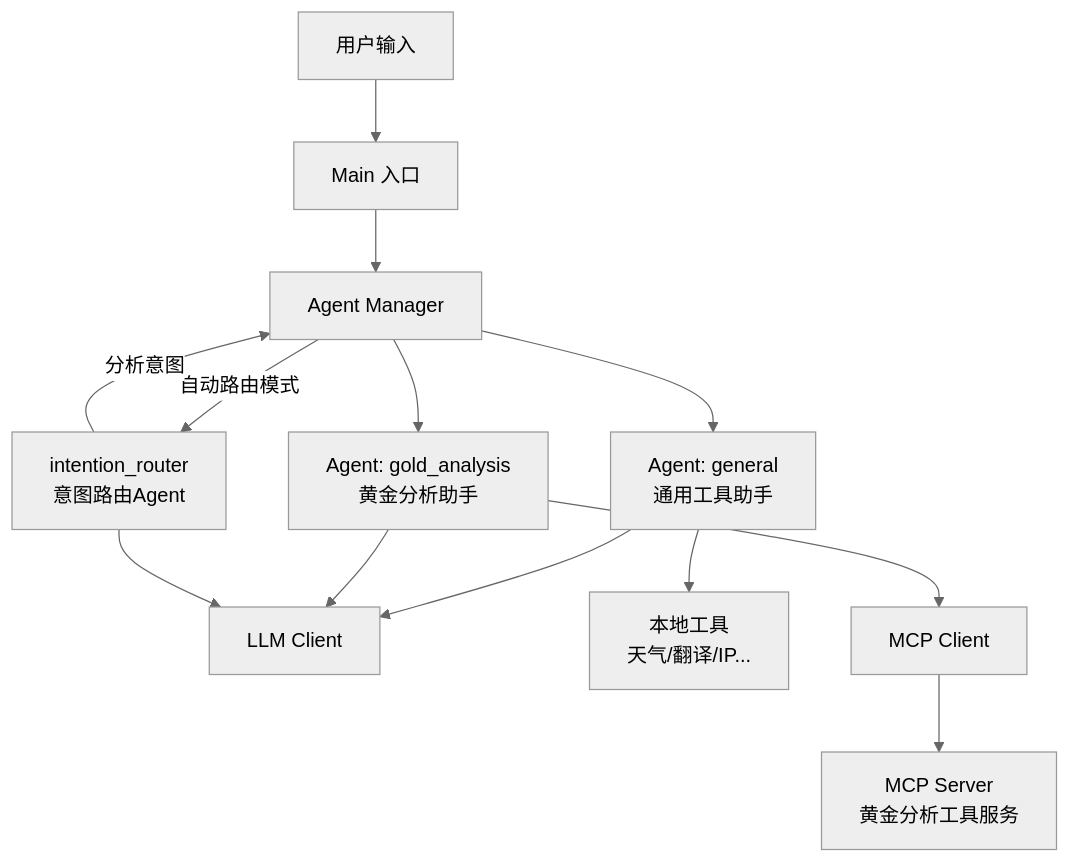
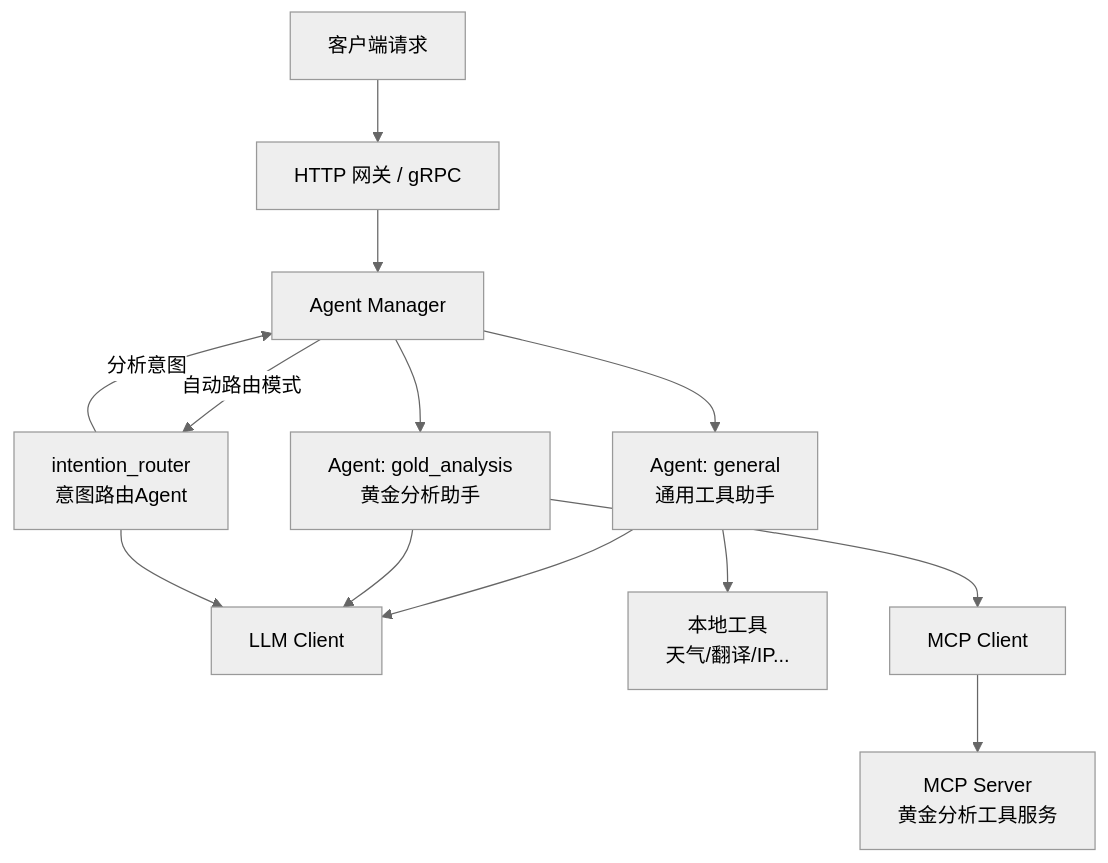
Before and after one commit to hwanyan/agently: the first of 5 diagrams in README.md, drawn with Mermaid (neutral theme). The commit also changed other lines of this file and 24 other files, not shown here.

````diff
--- a/README.md
+++ b/README.md
@@ -318,15 +363,15 @@
 ```mermaid
 graph TD
-    U[用户输入] --> M[Main 入口]
-    M --> AM[Agent Manager]
+    U[客户端请求] --> GW[HTTP 网关 / gRPC]
+    GW --> AM[Agent Manager]
     AM --> |自动路由模式| IR[intention_router<br/>意图路由Agent]
     IR --> |分析意图| AM
     AM --> AG[Agent: general<br/>通用工具助手]
     AM --> AGA[Agent: gold_analysis<br/>黄金分析助手]
     AG --> LLM[LLM Client]
     AGA --> LLM
     IR --> LLM
     AG --> LT[本地工具<br/>天气/翻译/IP...]
     AGA --> MCP[MCP Client]
     MCP --> MS[MCP Server<br/>黄金分析工具服务]
 ```
````
